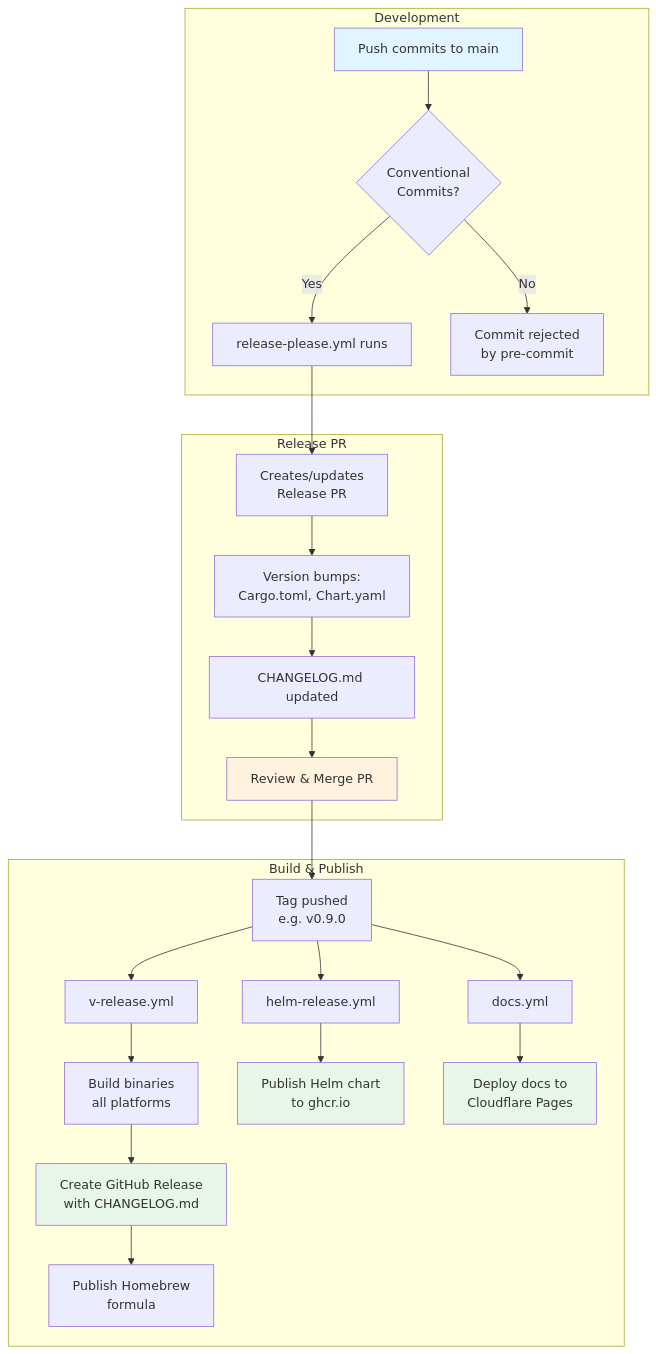
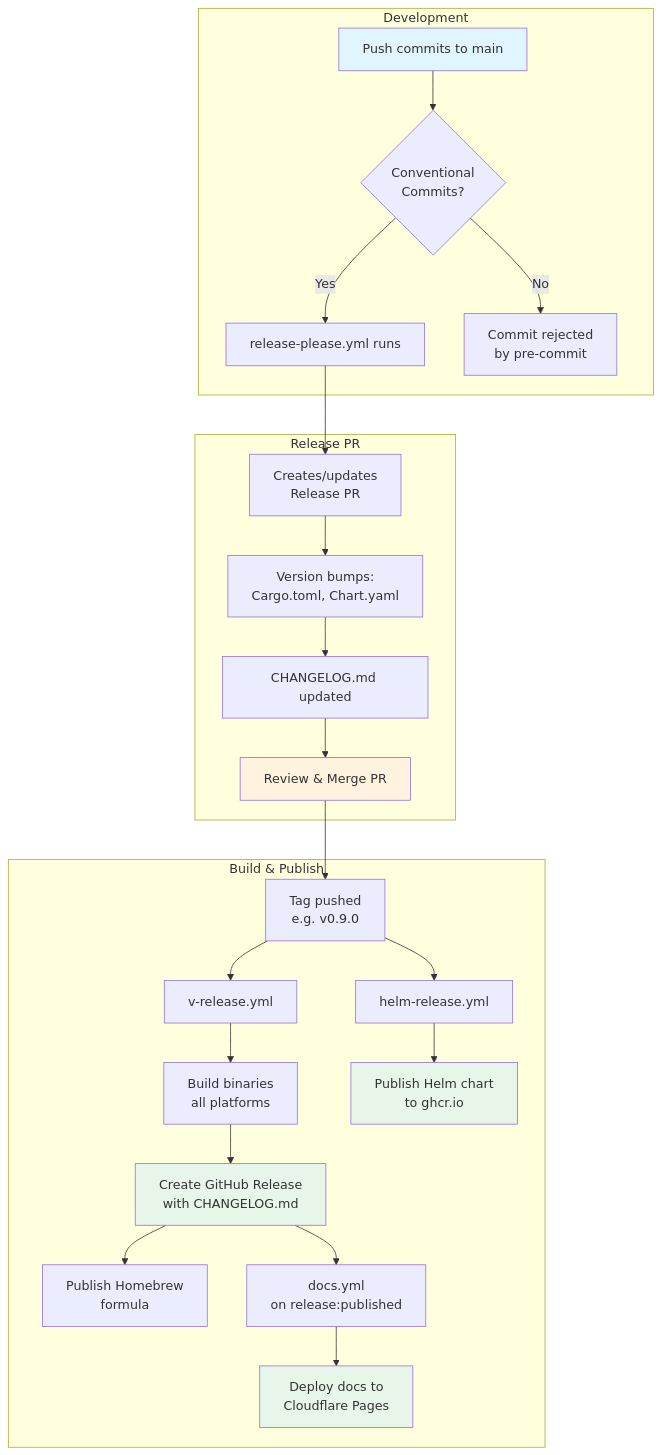
Before and after one commit to fzymgc-house/router-hosts: the diagram in docs/contributing/releasing.md, drawn with Mermaid. The commit also changed other lines of this file and 2 other files, not shown here.

First line of the commit message:
fix(ci): address PR review feedback for release-please

````diff
--- a/docs/contributing/releasing.md
+++ b/docs/contributing/releasing.md
@@ -14,36 +14,36 @@
 ```mermaid
 flowchart TD
     subgraph "Development"
         A[Push commits to main] --> B{Conventional<br/>Commits?}
         B -->|Yes| C[release-please.yml runs]
         B -->|No| D[Commit rejected<br/>by pre-commit]
     end
 
     subgraph "Release PR"
         C --> E[Creates/updates<br/>Release PR]
         E --> F[Version bumps:<br/>Cargo.toml, Chart.yaml]
         F --> G[CHANGELOG.md updated]
         G --> H[Review & Merge PR]
     end
 
     subgraph "Build & Publish"
         H --> I[Tag pushed<br/>e.g. v0.9.0]
         I --> J[v-release.yml]
         I --> K[helm-release.yml]
-        I --> L[docs.yml]
 
         J --> M[Build binaries<br/>all platforms]
         M --> N[Create GitHub Release<br/>with CHANGELOG.md]
         N --> O[Publish Homebrew<br/>formula]
+        N --> L[docs.yml<br/>on release:published]
 
         K --> P[Publish Helm chart<br/>to ghcr.io]
 
         L --> Q[Deploy docs to<br/>Cloudflare Pages]
     end
 
     style A fill:#e1f5fe
     style H fill:#fff3e0
     style N fill:#e8f5e9
     style P fill:#e8f5e9
     style Q fill:#e8f5e9
 ```
````
